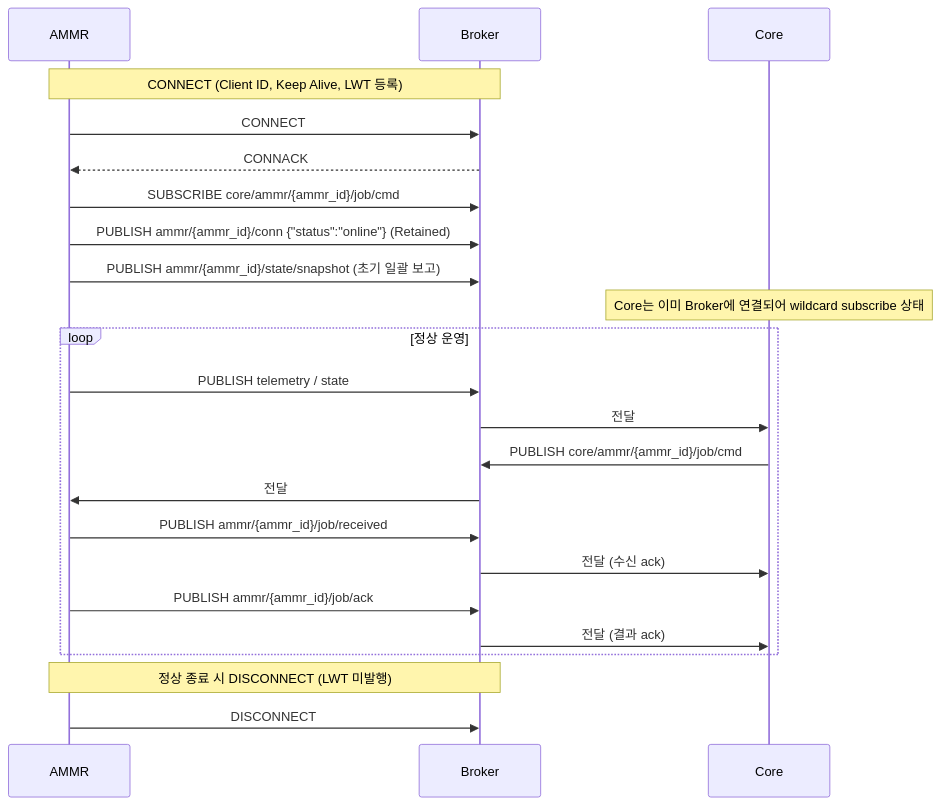
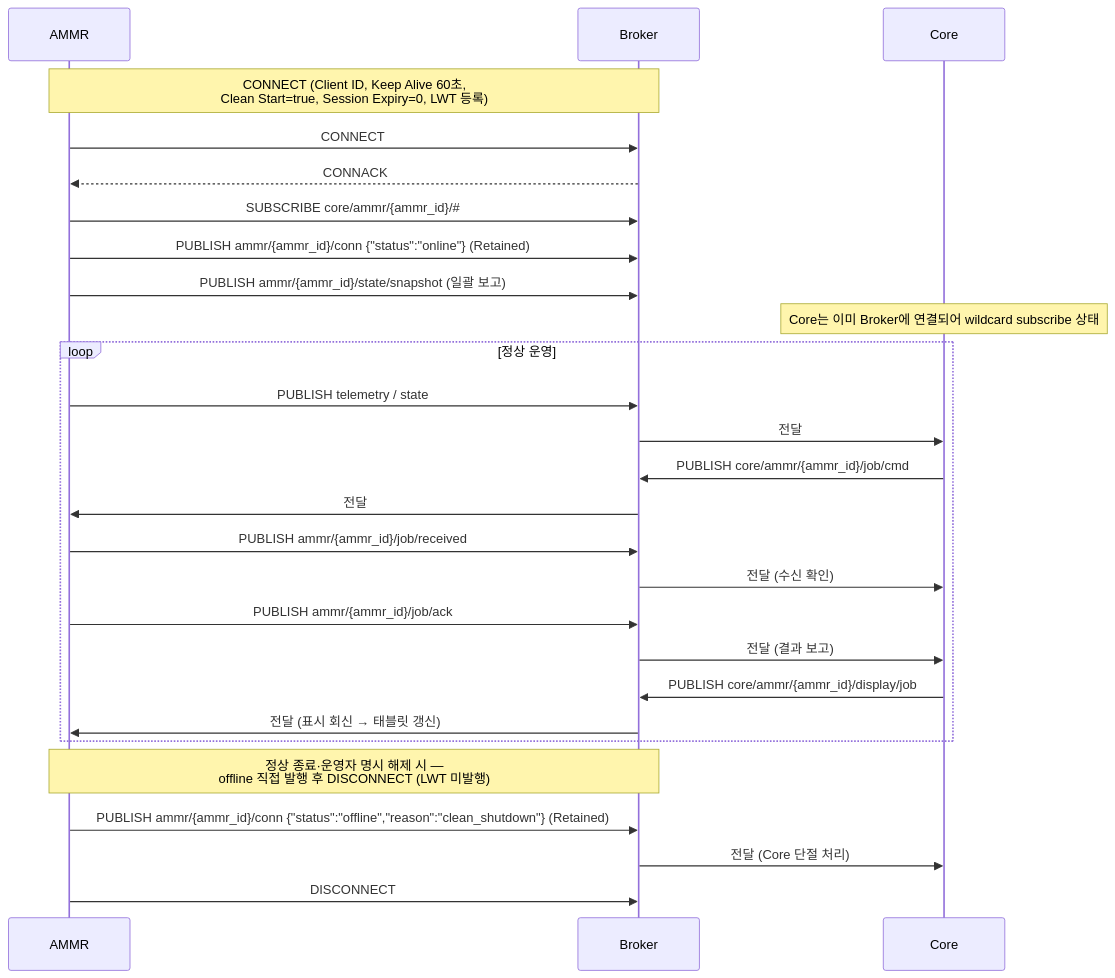
Before and after one commit to kimminsu0315/Core-Docs: the third of 12 diagrams in docs/out/Core_ICD_AMMR.md, drawn with Mermaid. The commit also changed other lines of this file and 7 other files, not shown here.

````diff
--- a/docs/out/Core_ICD_AMMR.md
+++ b/docs/out/Core_ICD_AMMR.md
@@ -212,29 +236,33 @@
 ```mermaid
 sequenceDiagram
     participant A as AMMR
     participant B as Broker
     participant C as Core
 
-    Note over A,B: CONNECT (Client ID, Keep Alive, LWT 등록)
+    Note over A,B: CONNECT (Client ID, Keep Alive 60초,<br/>Clean Start=true, Session Expiry=0, LWT 등록)
     A->>B: CONNECT
     B-->>A: CONNACK
-    A->>B: SUBSCRIBE core/ammr/{ammr_id}/job/cmd
+    A->>B: SUBSCRIBE core/ammr/{ammr_id}/#35;
     A->>B: PUBLISH ammr/{ammr_id}/conn {"status":"online"} (Retained)
-    A->>B: PUBLISH ammr/{ammr_id}/state/snapshot (초기 일괄 보고)
+    A->>B: PUBLISH ammr/{ammr_id}/state/snapshot (일괄 보고)
 
     Note over C: Core는 이미 Broker에 연결되어 wildcard subscribe 상태
 
     loop 정상 운영
         A->>B: PUBLISH telemetry / state
         B->>C: 전달
         C->>B: PUBLISH core/ammr/{ammr_id}/job/cmd
         B->>A: 전달
         A->>B: PUBLISH ammr/{ammr_id}/job/received
-        B->>C: 전달 (수신 ack)
+        B->>C: 전달 (수신 확인)
         A->>B: PUBLISH ammr/{ammr_id}/job/ack
-        B->>C: 전달 (결과 ack)
+        B->>C: 전달 (결과 보고)
+        C->>B: PUBLISH core/ammr/{ammr_id}/display/job
+        B->>A: 전달 (표시 회신 → 태블릿 갱신)
     end
 
-    Note over A,B: 정상 종료 시 DISCONNECT (LWT 미발행)
+    Note over A,B: 정상 종료·운영자 명시 해제 시 —<br/>offline 직접 발행 후 DISCONNECT (LWT 미발행)
+    A->>B: PUBLISH ammr/{ammr_id}/conn {"status":"offline","reason":"clean_shutdown"} (Retained)
+    B->>C: 전달 (Core 단절 처리)
     A->>B: DISCONNECT
 ```
````
